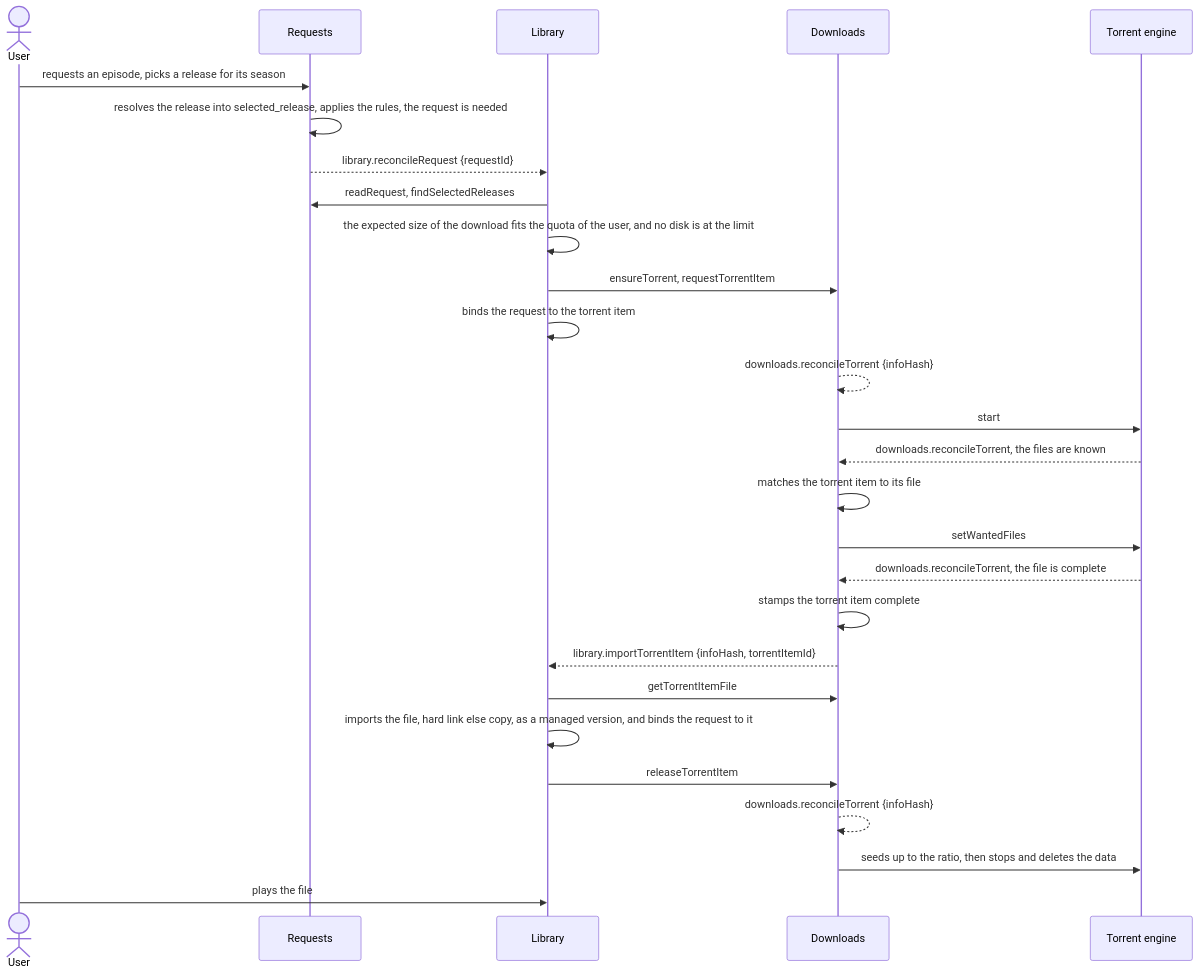
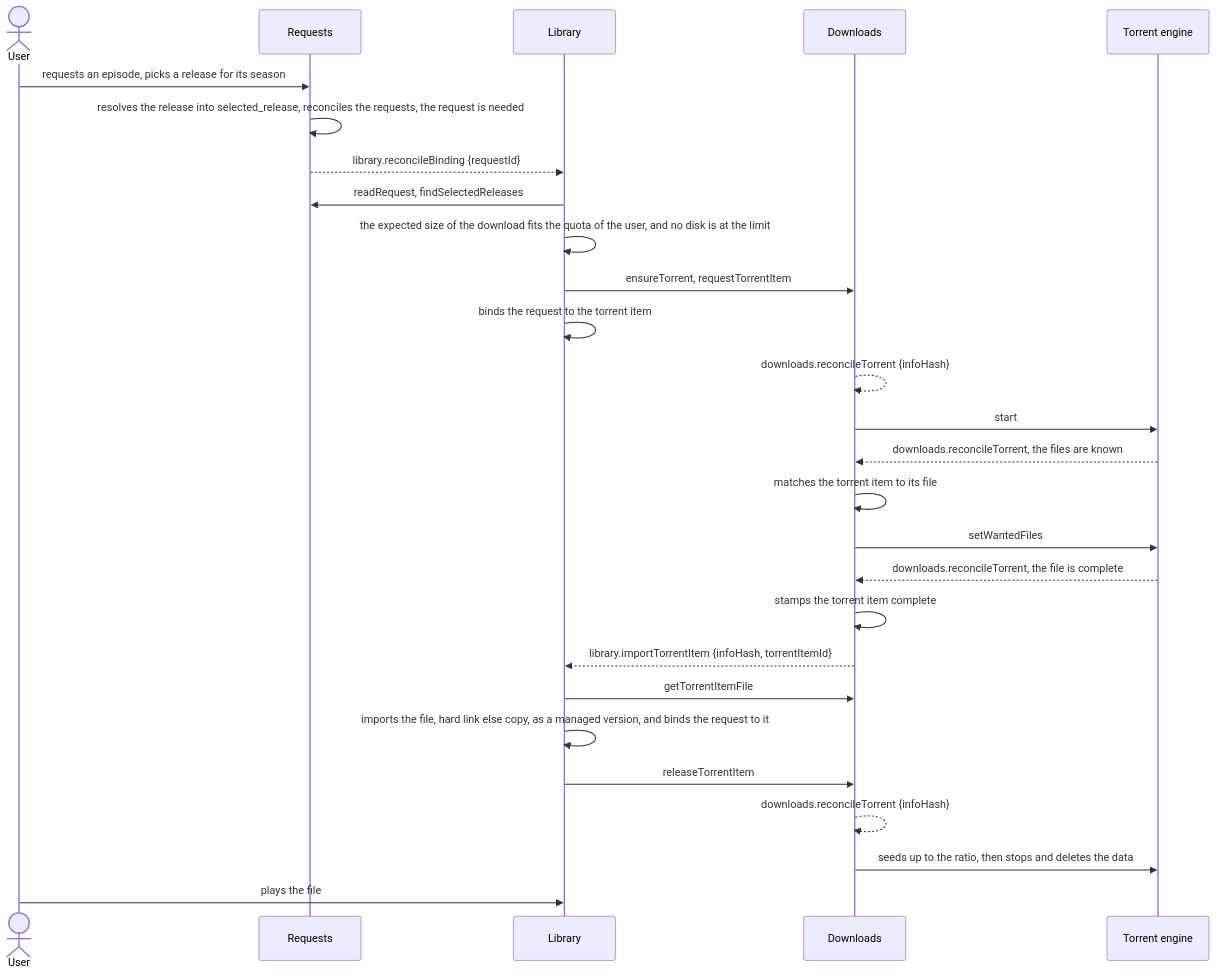
The second of 5 diagrams in docs/backend-architecture.md (aleksilassila/reiverr), drawn with Mermaid before and after one commit. The commit also changed other lines of this file and 17 other files, not shown here.

Commit message:
refactor: requests module; rename requestsService.applyRule -> reconcileRequests; rename library.reconcileRequest -> library.reconcileBinding

````diff
--- a/docs/backend-architecture.md
+++ b/docs/backend-architecture.md
@@ -42,30 +42,30 @@
 ```mermaid
 sequenceDiagram
   actor User
   participant Requests
   participant Library
   participant Downloads
   participant Engine as Torrent engine
 
   User->>Requests: requests an episode, picks a release for its season
-  Requests->>Requests: resolves the release into selected_release, applies the rules, the request is needed
-  Requests-->>Library: library.reconcileRequest {requestId}
+  Requests->>Requests: resolves the release into selected_release, reconciles the requests, the request is needed
+  Requests-->>Library: library.reconcileBinding {requestId}
   Library->>Requests: readRequest, findSelectedReleases
   Library->>Library: the expected size of the download fits the quota of the user, and no disk is at the limit
   Library->>Downloads: ensureTorrent, requestTorrentItem
   Library->>Library: binds the request to the torrent item
   Downloads-->>Downloads: downloads.reconcileTorrent {infoHash}
   Downloads->>Engine: start
   Engine-->>Downloads: downloads.reconcileTorrent, the files are known
   Downloads->>Downloads: matches the torrent item to its file
   Downloads->>Engine: setWantedFiles
   Engine-->>Downloads: downloads.reconcileTorrent, the file is complete
   Downloads->>Downloads: stamps the torrent item complete
   Downloads-->>Library: library.importTorrentItem {infoHash, torrentItemId}
   Library->>Downloads: getTorrentItemFile
   Library->>Library: imports the file, hard link else copy, as a managed version, and binds the request to it
   Library->>Downloads: releaseTorrentItem
   Downloads-->>Downloads: downloads.reconcileTorrent {infoHash}
   Downloads->>Engine: seeds up to the ratio, then stops and deletes the data
   User->>Library: plays the file
 ```
````
